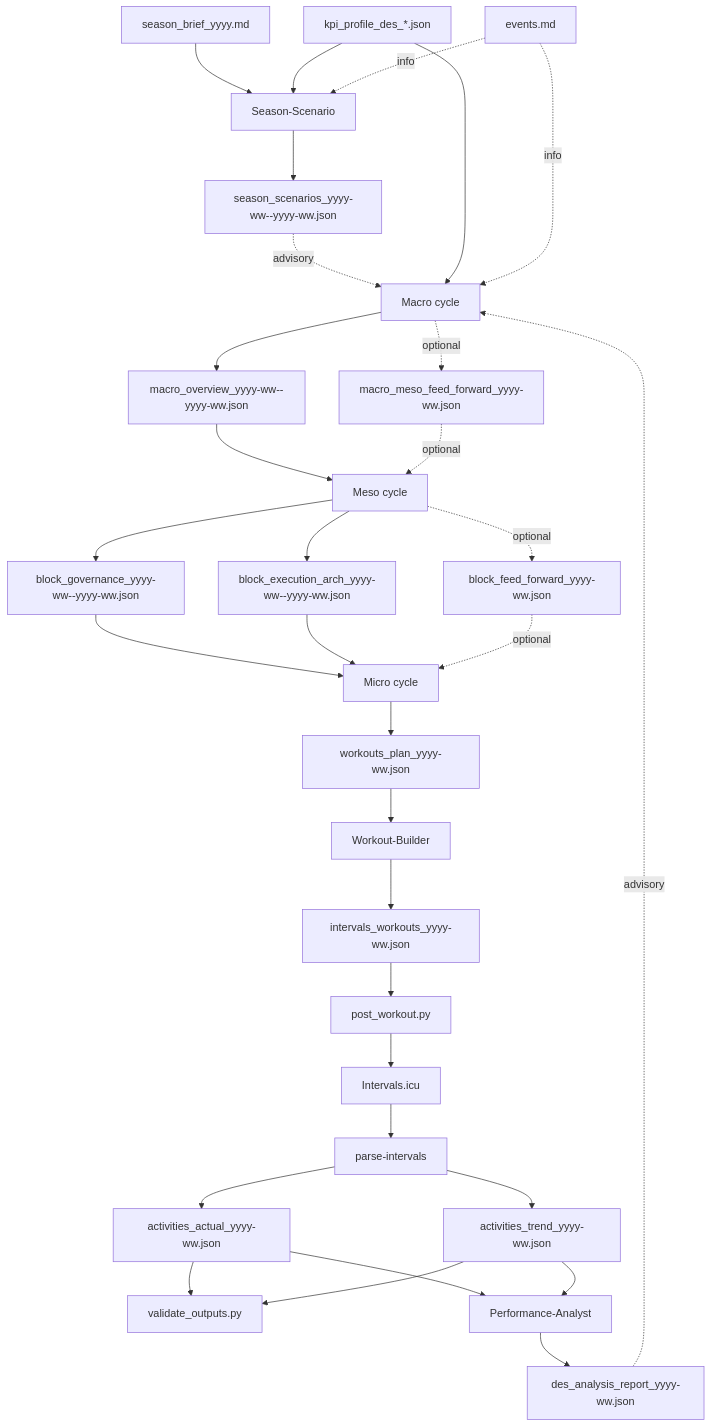
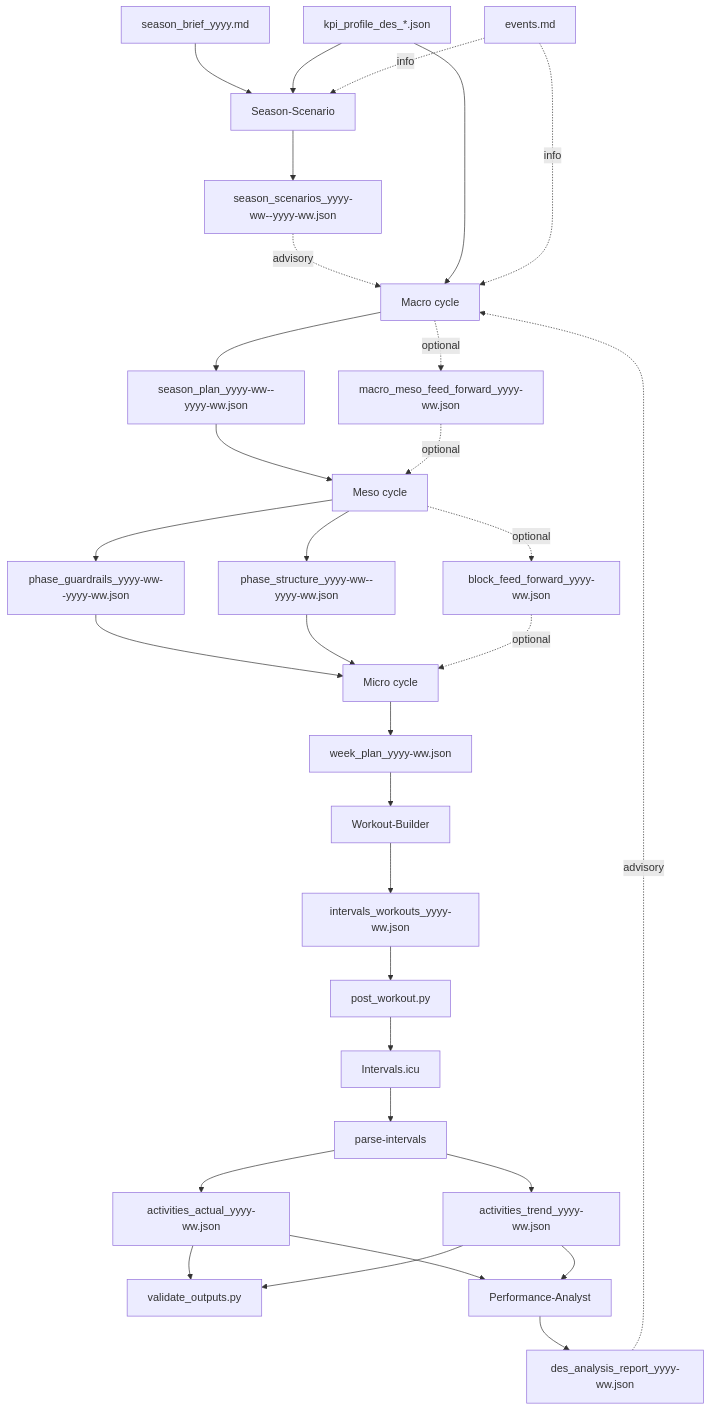
Before and after one commit to albauer-priv/RPS: the diagram in doc/how_to_plan.md, drawn with Mermaid. The commit also changed other lines of this file and 94 other files, not shown here.

Commit message:
Rename artefacts to season/phase/weekly naming

````diff
--- a/doc/how_to_plan.md
+++ b/doc/how_to_plan.md
@@ -173,40 +173,40 @@
 ```mermaid
 flowchart TD
   SB[season_brief_yyyy.md] --> SS[Season-Scenario]
   KP[kpi_profile_des_*.json] --> SS
   SS --> SC[season_scenarios_yyyy-ww--yyyy-ww.json]
   SC -. advisory .-> MA[Macro cycle]
   KP --> MA
   EV[events.md] -. info .-> SS
   EV -. info .-> MA
 
-  MA --> MO[macro_overview_yyyy-ww--yyyy-ww.json]
+  MA --> MO[season_plan_yyyy-ww--yyyy-ww.json]
   MA -. optional .-> MMFF[macro_meso_feed_forward_yyyy-ww.json]
 
   MO --> ME[Meso cycle]
   MMFF -. optional .-> ME
 
-  ME --> BG[block_governance_yyyy-ww--yyyy-ww.json]
-  ME --> BEA[block_execution_arch_yyyy-ww--yyyy-ww.json]
+  ME --> BG[phase_guardrails_yyyy-ww--yyyy-ww.json]
+  ME --> BEA[phase_structure_yyyy-ww--yyyy-ww.json]
   ME -. optional .-> BFF[block_feed_forward_yyyy-ww.json]
 
   BG --> MI[Micro cycle]
   BEA --> MI
   BFF -. optional .-> MI
 
-  MI --> WP[workouts_plan_yyyy-ww.json]
+  MI --> WP[week_plan_yyyy-ww.json]
   WP --> WB[Workout-Builder]
   WB --> WJ[intervals_workouts_yyyy-ww.json]
   WJ --> POST[post_workout.py] --> IC[Intervals.icu]
 
   IC --> EXP[parse-intervals]
   EXP --> AA[activities_actual_yyyy-ww.json]
   EXP --> AT[activities_trend_yyyy-ww.json]
   AA --> VA[validate_outputs.py]
   AT --> VA
 
   AA --> PA[Performance-Analyst]
   AT --> PA
   PA --> DR[des_analysis_report_yyyy-ww.json]
   DR -. advisory .-> MA
 ```
````
